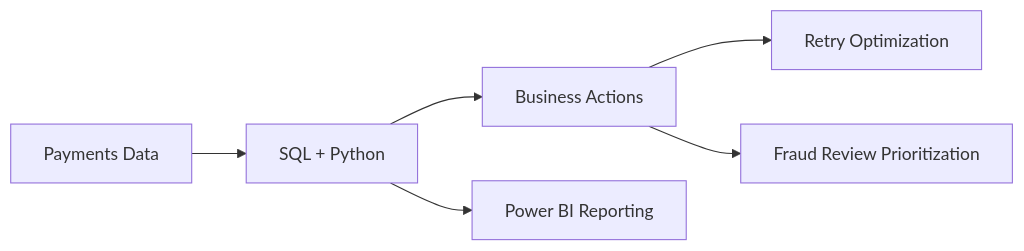
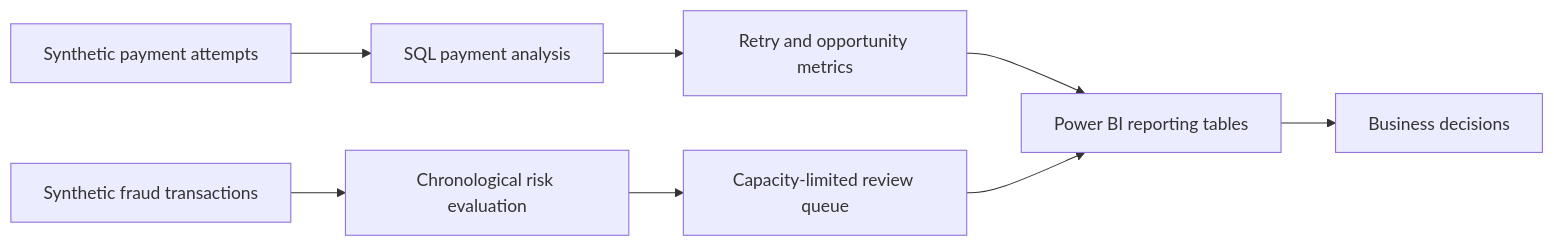
One commit to Udaylakkaraju/Payment-Fraud-Detection changed the diagram in README.md. Above: the diagram before and after it, drawn with Mermaid. The commit also changed other lines of this file and 138 other files, not shown here.

First line of the commit message:
Restructure portfolio: business-named SQL, Power BI contracts, docs overhaul

````diff
--- a/README.md
+++ b/README.md
@@ -105,8 +63,10 @@
 ```mermaid
 flowchart LR
-    A[Payments Data] --> B[SQL + Python]
-    B --> C[Business Actions]
-    B --> D[Power BI Reporting]
-    C --> E[Retry Optimization]
-    C --> F[Fraud Review Prioritization]
+    A["Synthetic payment attempts"] --> B["SQL payment analysis"]
+    B --> C["Retry and opportunity metrics"]
+    D["Synthetic fraud transactions"] --> E["Chronological risk evaluation"]
+    E --> F["Capacity-limited review queue"]
+    C --> G["Power BI reporting tables"]
+    F --> G
+    G --> H["Business decisions"]
 ```
````
